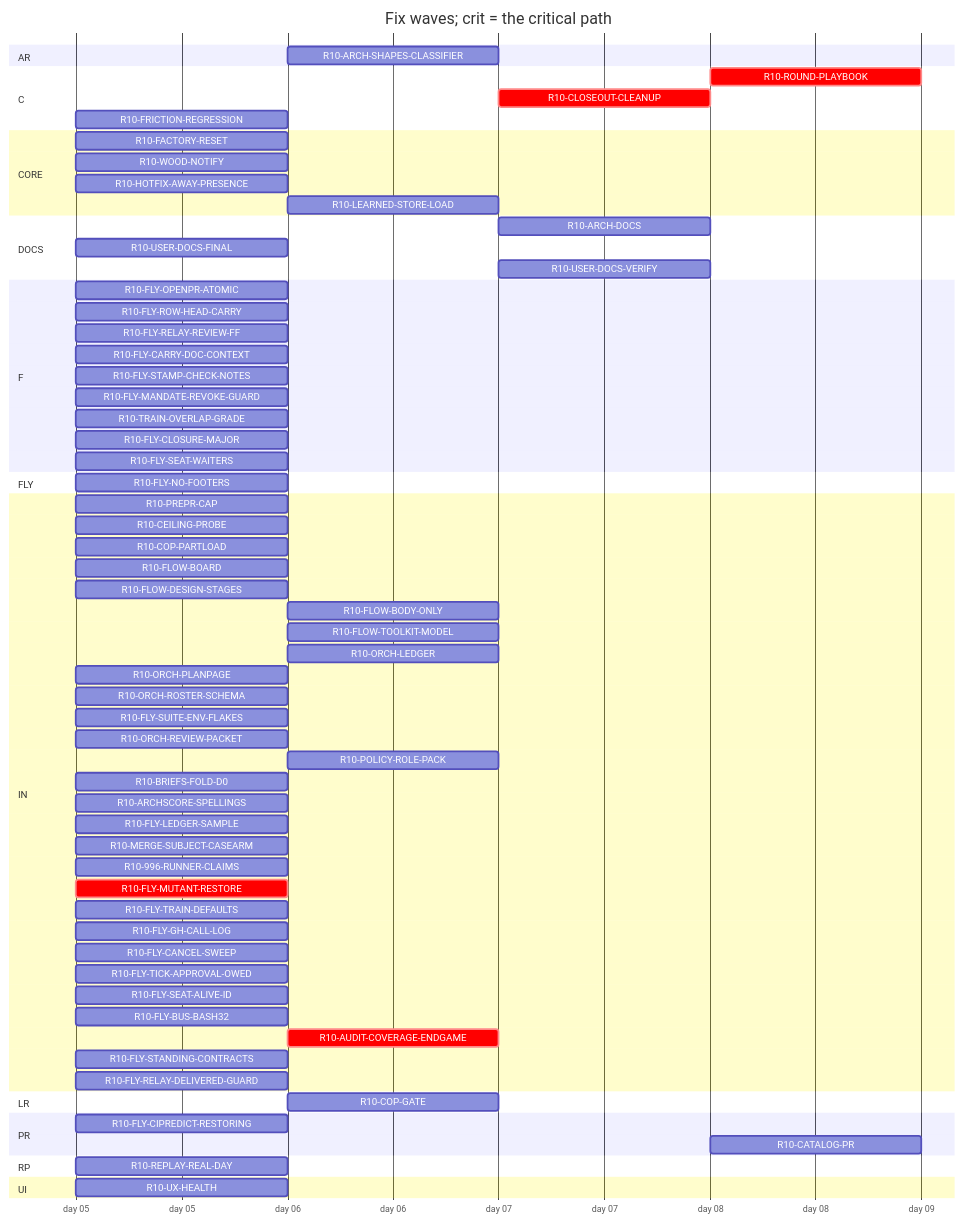
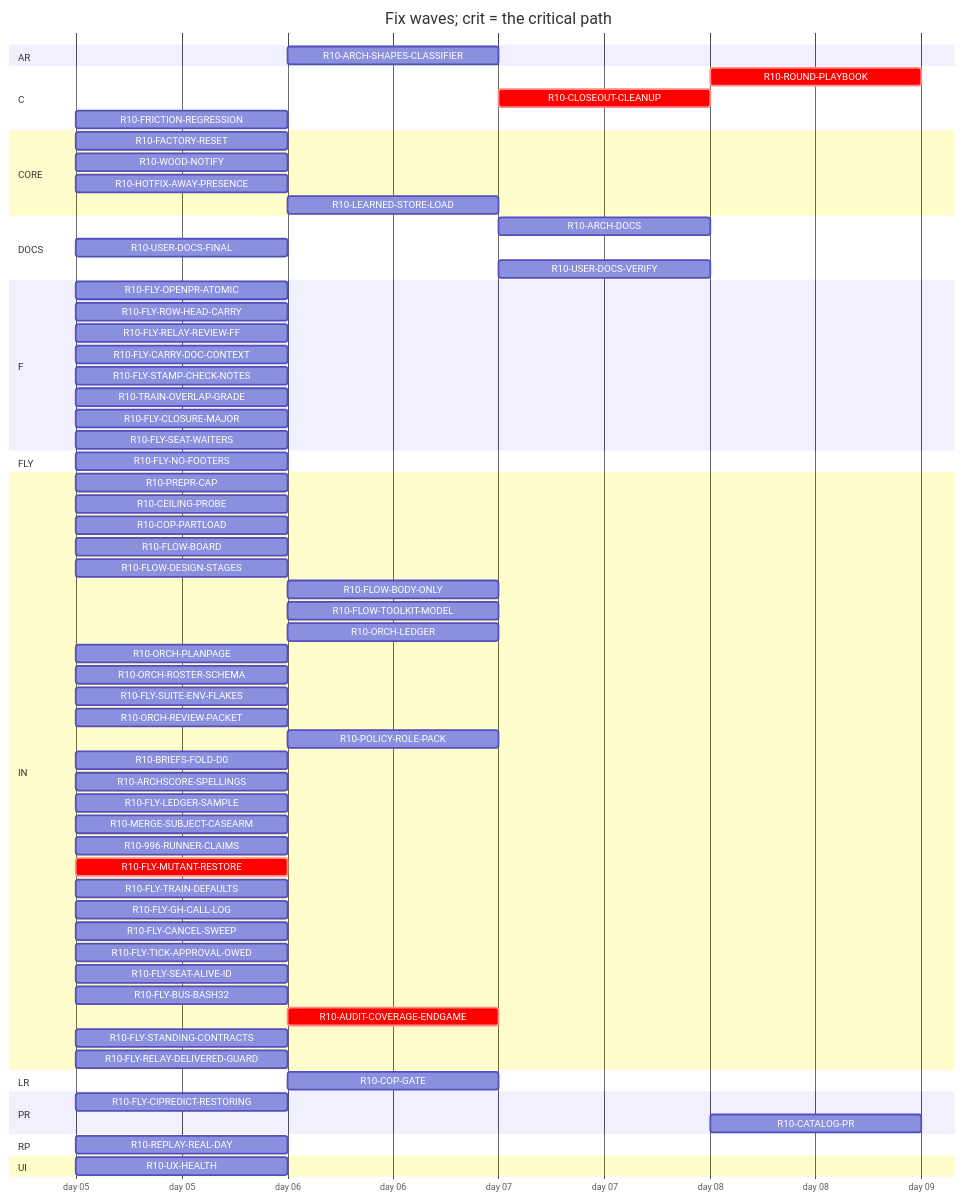
Before and after one commit to tvofi/heatpump_optimizer: the diagram in handoff/round10/state/PLAN-TABLE.md, drawn with Mermaid. The commit also changed other lines of this file and 3 other files, not shown here.

Commit message:
state: FLOW-BOARD.md, NEXT-SESSION-PROMPT.md, PLAN-TABLE.md, RESUME-CURRENT.md regenerated (state_docs.py)

````diff
--- a/handoff/round10/state/PLAN-TABLE.md
+++ b/handoff/round10/state/PLAN-TABLE.md
@@ -24,71 +24,70 @@
 ```mermaid
 gantt
   title Fix waves; crit = the critical path
   dateFormat YYYY-MM-DD
   axisFormat day %d
   section AR
     R10-ARCH-SHAPES-CLASSIFIER :r10ARCHSHAPESCLASSIFIER, after r10996RUNNERCLAIMS, 1d
   section C
     R10-ROUND-PLAYBOOK :crit, r10ROUNDPLAYBOOK, after r10ORCHLEDGER r10ORCHPLANPAGE r10FLYRELAYREVIEWFF r10FLOWBODYONLY r10AUDITCOVERAGEENDGAME r10FLOWDESIGNSTAGES r10ORCHROSTERSCHEMA r10FLOWTOOLKITMODEL r10TRAINOVERLAPGRADE r10FLYTRAINDEFAULTS r10FLYCANCELSWEEP r10POLICYROLEPACK r10ORCHREVIEWPACKET r10FLOWBOARD r10CLOSEOUTCLEANUP, 1d
     R10-CLOSEOUT-CLEANUP :crit, r10CLOSEOUTCLEANUP, after r10AUDITCOVERAGEENDGAME, 1d
     R10-FRICTION-REGRESSION :r10FRICTIONREGRESSION, 2026-01-05, 1d
   section CORE
     R10-FACTORY-RESET :r10FACTORYRESET, 2026-01-05, 1d
     R10-WOOD-NOTIFY :r10WOODNOTIFY, 2026-01-05, 1d
     R10-HOTFIX-AWAY-PRESENCE :r10HOTFIXAWAYPRESENCE, 2026-01-05, 1d
     R10-LEARNED-STORE-LOAD :r10LEARNEDSTORELOAD, after r10FACTORYRESET, 1d
   section DOCS
-    R10-ARCH-DOCS :r10ARCHDOCS, after r10COPGATE r10UXHEALTH r10CEILINGPROBE r10COPPARTLOAD r10FLOWBOARD r10FLOWDESIGNSTAGES r10FLOWBODYONLY r10FLYOPENPRATOMIC r10FLYROWHEADCARRY r10FLYRELAYREVIEWFF r10FLYCARRYDOCCONTEXT r10FLOWTOOLKITMODEL r10FLYSTAMPCHECKNOTES r10FLYMANDATEREVOKEGUARD r10TRAINOVERLAPGRADE r10FLYSUITEENVFLAKES r10ORCHLEDGER r10ORCHPLANPAGE r10ORCHROSTERSCHEMA r10ORCHREVIEWPACKET r10POLICYROLEPACK r10BRIEFSFOLDD0 r10REPLAYREALDAY r10ARCHSCORESPELLINGS r10FLYLEDGERSAMPLE, 1d
+    R10-ARCH-DOCS :r10ARCHDOCS, after r10COPGATE r10UXHEALTH r10CEILINGPROBE r10COPPARTLOAD r10FLOWBOARD r10FLOWDESIGNSTAGES r10FLOWBODYONLY r10FLYOPENPRATOMIC r10FLYROWHEADCARRY r10FLYRELAYREVIEWFF r10FLYCARRYDOCCONTEXT r10FLOWTOOLKITMODEL r10FLYSTAMPCHECKNOTES r10TRAINOVERLAPGRADE r10FLYSUITEENVFLAKES r10ORCHLEDGER r10ORCHPLANPAGE r10ORCHROSTERSCHEMA r10ORCHREVIEWPACKET r10POLICYROLEPACK r10BRIEFSFOLDD0 r10REPLAYREALDAY r10ARCHSCORESPELLINGS r10FLYLEDGERSAMPLE, 1d
     R10-USER-DOCS-FINAL :r10USERDOCSFINAL, 2026-01-05, 1d
     R10-USER-DOCS-VERIFY :r10USERDOCSVERIFY, after r10COPGATE r10UXHEALTH r10CEILINGPROBE r10COPPARTLOAD r10FACTORYRESET r10WOODNOTIFY r10USERDOCSFINAL r10ARCHSHAPESCLASSIFIER r10HOTFIXAWAYPRESENCE, 1d
   section F
     R10-FLY-OPENPR-ATOMIC :r10FLYOPENPRATOMIC, 2026-01-05, 1d
     R10-FLY-ROW-HEAD-CARRY :r10FLYROWHEADCARRY, 2026-01-05, 1d
     R10-FLY-RELAY-REVIEW-FF :r10FLYRELAYREVIEWFF, 2026-01-05, 1d
     R10-FLY-CARRY-DOC-CONTEXT :r10FLYCARRYDOCCONTEXT, 2026-01-05, 1d
     R10-FLY-STAMP-CHECK-NOTES :r10FLYSTAMPCHECKNOTES, 2026-01-05, 1d
-    R10-FLY-MANDATE-REVOKE-GUARD :r10FLYMANDATEREVOKEGUARD, 2026-01-05, 1d
     R10-TRAIN-OVERLAP-GRADE :r10TRAINOVERLAPGRADE, 2026-01-05, 1d
     R10-FLY-CLOSURE-MAJOR :r10FLYCLOSUREMAJOR, 2026-01-05, 1d
     R10-FLY-SEAT-WAITERS :r10FLYSEATWAITERS, 2026-01-05, 1d
   section FLY
     R10-FLY-NO-FOOTERS :r10FLYNOFOOTERS, 2026-01-05, 1d
   section IN
     R10-PREPR-CAP :r10PREPRCAP, 2026-01-05, 1d
     R10-CEILING-PROBE :r10CEILINGPROBE, 2026-01-05, 1d
     R10-COP-PARTLOAD :r10COPPARTLOAD, 2026-01-05, 1d
     R10-FLOW-BOARD :r10FLOWBOARD, 2026-01-05, 1d
     R10-FLOW-DESIGN-STAGES :r10FLOWDESIGNSTAGES, 2026-01-05, 1d
     R10-FLOW-BODY-ONLY :r10FLOWBODYONLY, after r10FLYOPENPRATOMIC, 1d
     R10-FLOW-TOOLKIT-MODEL :r10FLOWTOOLKITMODEL, after r10ORCHPLANPAGE r10FLYCANCELSWEEP, 1d
     R10-ORCH-LEDGER :r10ORCHLEDGER, after r10FLYCANCELSWEEP, 1d
     R10-ORCH-PLANPAGE :r10ORCHPLANPAGE, 2026-01-05, 1d
     R10-ORCH-ROSTER-SCHEMA :r10ORCHROSTERSCHEMA, 2026-01-05, 1d
     R10-FLY-SUITE-ENV-FLAKES :r10FLYSUITEENVFLAKES, 2026-01-05, 1d
     R10-ORCH-REVIEW-PACKET :r10ORCHREVIEWPACKET, 2026-01-05, 1d
     R10-POLICY-ROLE-PACK :r10POLICYROLEPACK, after r10FLOWDESIGNSTAGES, 1d
     R10-BRIEFS-FOLD-D0 :r10BRIEFSFOLDD0, 2026-01-05, 1d
     R10-ARCHSCORE-SPELLINGS :r10ARCHSCORESPELLINGS, 2026-01-05, 1d
     R10-FLY-LEDGER-SAMPLE :r10FLYLEDGERSAMPLE, 2026-01-05, 1d
     R10-MERGE-SUBJECT-CASEARM :r10MERGESUBJECTCASEARM, 2026-01-05, 1d
     R10-996-RUNNER-CLAIMS :r10996RUNNERCLAIMS, 2026-01-05, 1d
     R10-FLY-MUTANT-RESTORE :crit, r10FLYMUTANTRESTORE, 2026-01-05, 1d
     R10-FLY-TRAIN-DEFAULTS :r10FLYTRAINDEFAULTS, 2026-01-05, 1d
     R10-FLY-GH-CALL-LOG :r10FLYGHCALLLOG, 2026-01-05, 1d
     R10-FLY-CANCEL-SWEEP :r10FLYCANCELSWEEP, 2026-01-05, 1d
     R10-FLY-TICK-APPROVAL-OWED :r10FLYTICKAPPROVALOWED, 2026-01-05, 1d
     R10-FLY-SEAT-ALIVE-ID :r10FLYSEATALIVEID, 2026-01-05, 1d
     R10-FLY-BUS-BASH32 :r10FLYBUSBASH32, 2026-01-05, 1d
     R10-AUDIT-COVERAGE-ENDGAME :crit, r10AUDITCOVERAGEENDGAME, after r10FLYMUTANTRESTORE r10996RUNNERCLAIMS, 1d
     R10-FLY-STANDING-CONTRACTS :r10FLYSTANDINGCONTRACTS, 2026-01-05, 1d
     R10-FLY-RELAY-DELIVERED-GUARD :r10FLYRELAYDELIVEREDGUARD, 2026-01-05, 1d
   section LR
     R10-COP-GATE :r10COPGATE, after r10CEILINGPROBE, 1d
   section PR
     R10-FLY-CIPREDICT-RESTORING :r10FLYCIPREDICTRESTORING, 2026-01-05, 1d
     R10-CATALOG-PR :r10CATALOGPR, after r10USERDOCSVERIFY r10AUDITCOVERAGEENDGAME, 1d
   section RP
     R10-REPLAY-REAL-DAY :r10REPLAYREALDAY, 2026-01-05, 1d
   section UI
     R10-UX-HEALTH :r10UXHEALTH, 2026-01-05, 1d
 ```
````
